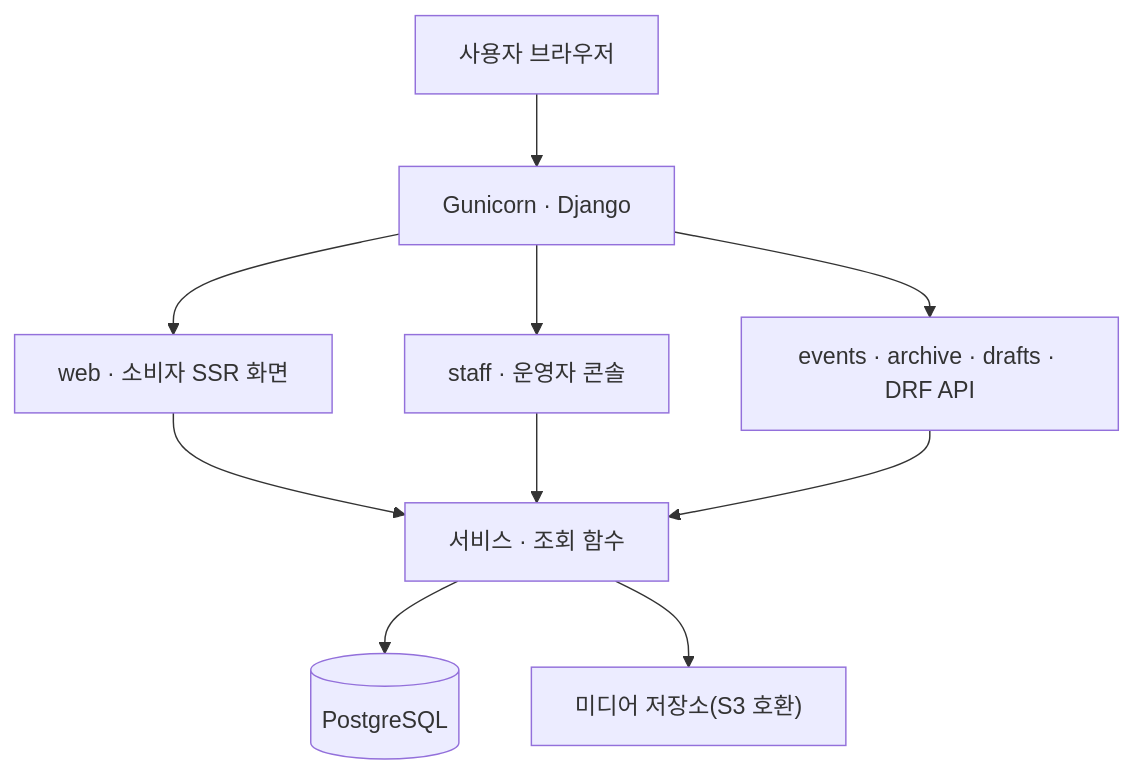
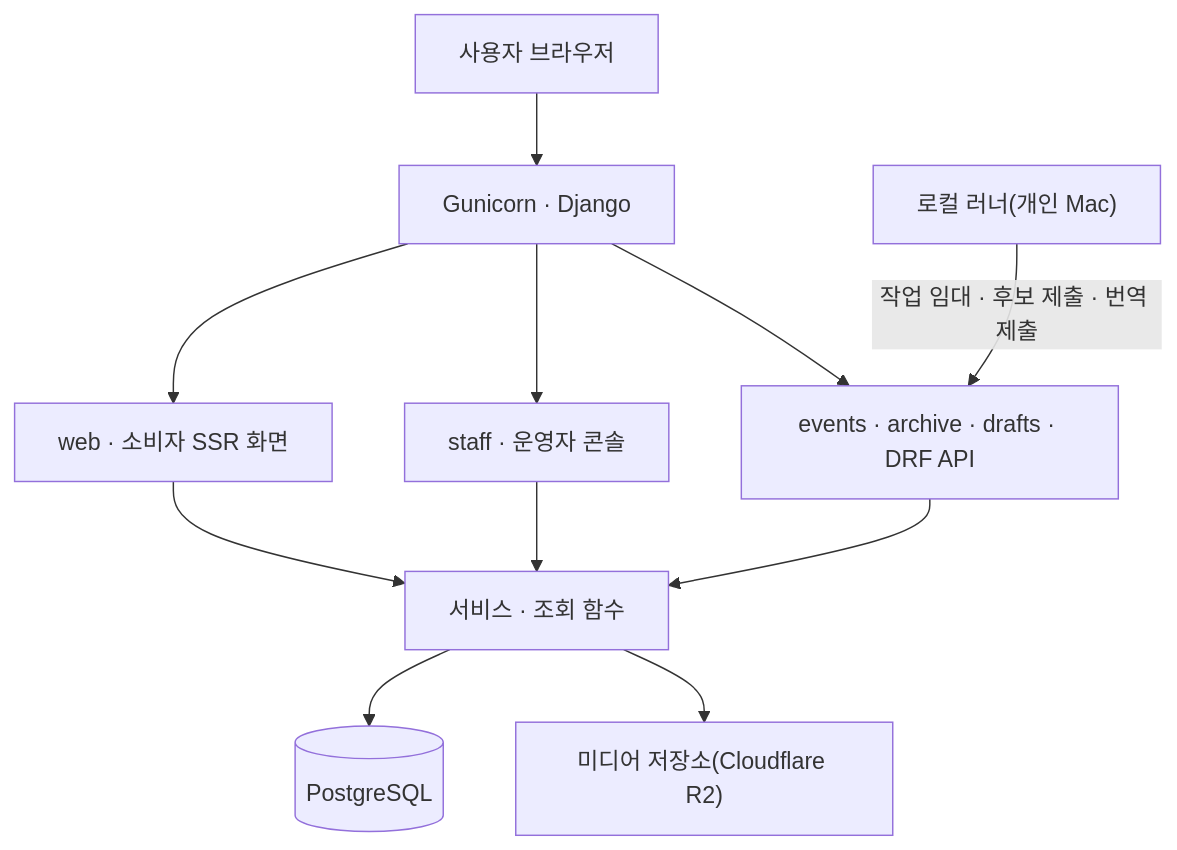
Before and after one commit to youngroknroll/takulife: the diagram in README.md, drawn with Mermaid. The commit also changed other lines of this file and 3 other files, not shown here.

````diff
--- a/README.md
+++ b/README.md
@@ -31,12 +49,13 @@
 ```mermaid
 flowchart TD
     B["사용자 브라우저"] --> G["Gunicorn · Django"]
     G --> W["web · 소비자 SSR 화면"]
     G --> ST["staff · 운영자 콘솔"]
     G --> A["events · archive · drafts · DRF API"]
     W --> S["서비스 · 조회 함수"]
     ST --> S
     A --> S
     S --> D[("PostgreSQL")]
-    S --> M["미디어 저장소(S3 호환)"]
+    S --> M["미디어 저장소(Cloudflare R2)"]
+    R["로컬 러너(개인 Mac)"] -- "작업 임대 · 후보 제출 · 번역 제출" --> A
 ```
````
